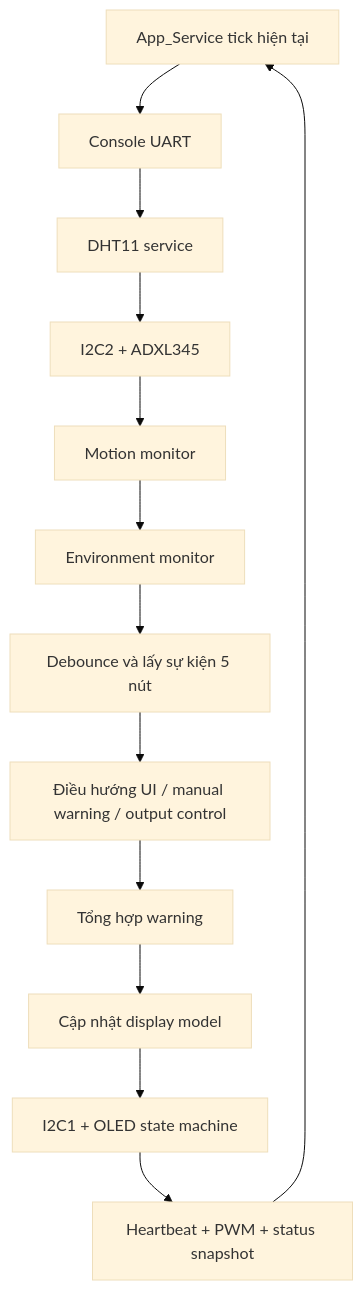
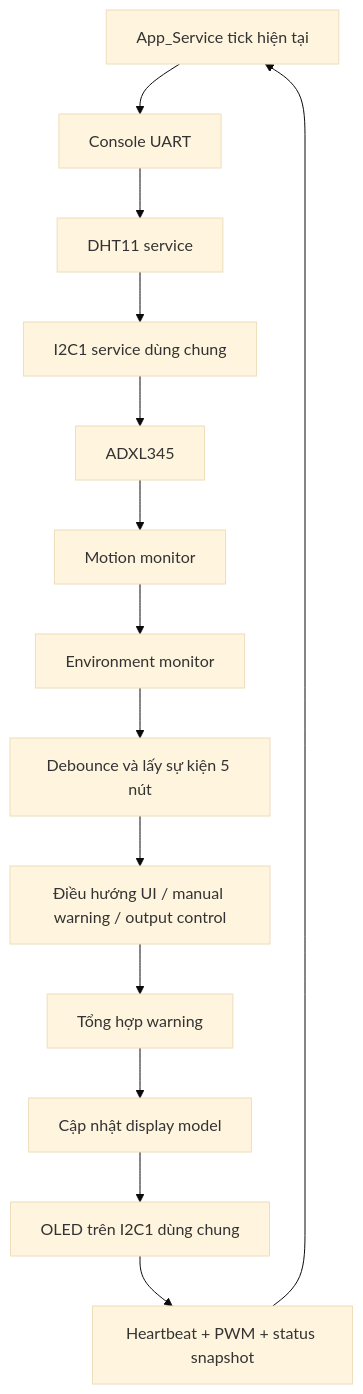
Before and after one commit to DontMindMe129/bluetooth-control-device: the first of 4 diagrams in docs/firmware-flow.md, drawn with Mermaid (base theme). The commit also changed other lines of this file and 21 other files, not shown here.

````diff
--- a/docs/firmware-flow.md
+++ b/docs/firmware-flow.md
@@ -5,15 +5,16 @@
 ```mermaid
 flowchart TD
     A[App_Service tick hiện tại] --> B[Console UART]
     B --> C[DHT11 service]
-    C --> D[I2C2 + ADXL345]
-    D --> E[Motion monitor]
-    E --> F[Environment monitor]
-    F --> G[Debounce và lấy sự kiện 5 nút]
-    G --> H[Điều hướng UI / manual warning / output control]
-    H --> I[Tổng hợp warning]
-    I --> J[Cập nhật display model]
-    J --> K[I2C1 + OLED state machine]
-    K --> L[Heartbeat + PWM + status snapshot]
-    L --> A
+    C --> D[I2C1 service dùng chung]
+    D --> E[ADXL345]
+    E --> F[Motion monitor]
+    F --> G[Environment monitor]
+    G --> H[Debounce và lấy sự kiện 5 nút]
+    H --> I[Điều hướng UI / manual warning / output control]
+    I --> J[Tổng hợp warning]
+    J --> K[Cập nhật display model]
+    K --> L[OLED trên I2C1 dùng chung]
+    L --> M[Heartbeat + PWM + status snapshot]
+    M --> A
 ```
````
